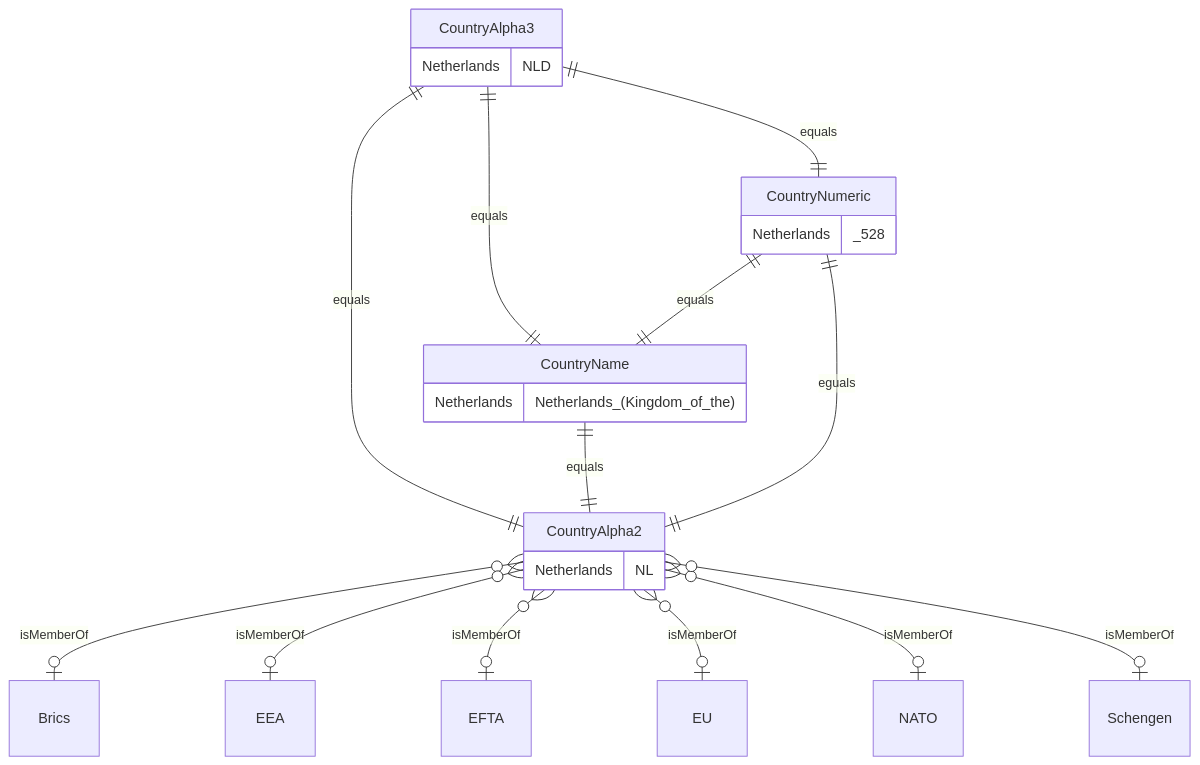
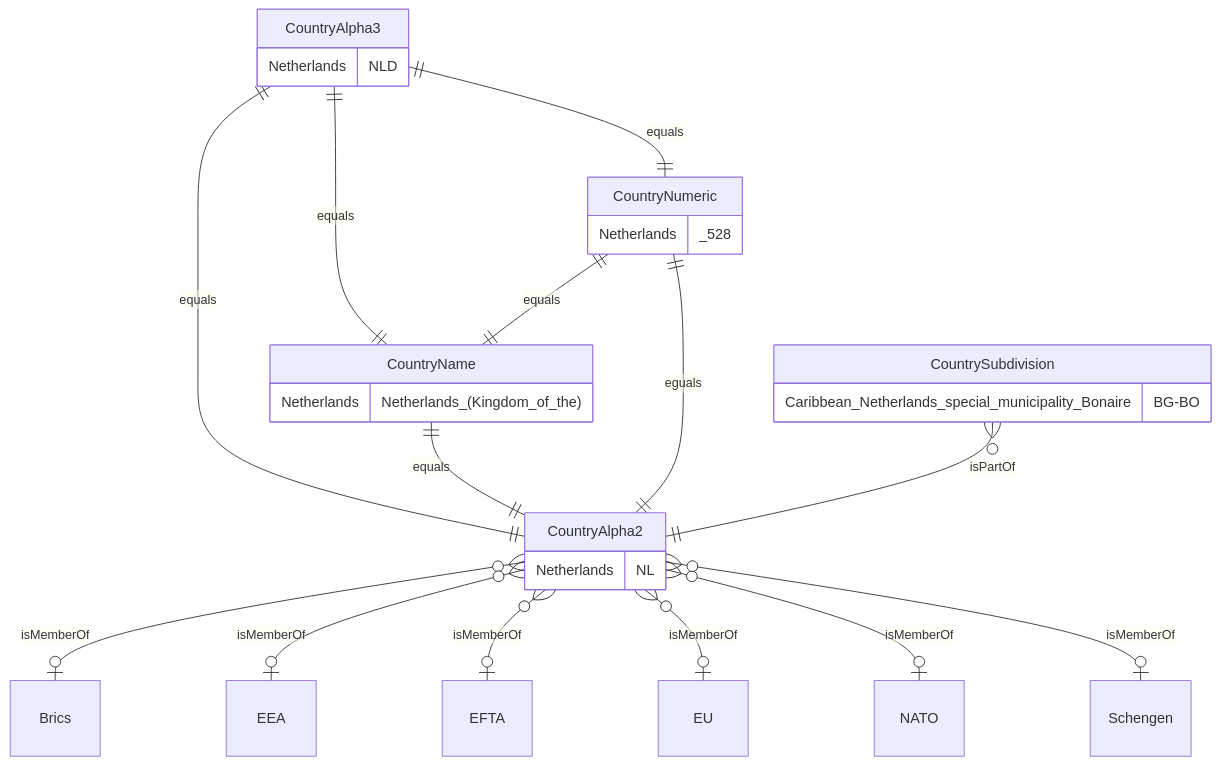
The second of 3 diagrams in README.md (PrinsFrank/standards), drawn with Mermaid before and after one commit. The commit also changed other lines of this file, not shown here.

Commit message:
Add documentation for country subdivisions (#238)

````diff
--- a/README.md
+++ b/README.md
@@ -207,34 +214,39 @@
 ```mermaid
 erDiagram
     CountryAlpha3 ||--|| CountryName: equals
     CountryAlpha3 ||--|| CountryAlpha2: equals
     CountryAlpha3 ||--|| CountryNumeric: equals
 
     CountryNumeric ||--|| CountryName: equals
 
     CountryName ||--|| CountryAlpha2: equals
     CountryNumeric ||--|| CountryAlpha2: eguals
 
     CountryAlpha2 {
         Netherlands NL
     }
 
     CountryAlpha3 {
         Netherlands NLD
     }
 
     CountryNumeric {
         Netherlands _528
     }
 
     CountryName {
         Netherlands Netherlands_(Kingdom_of_the)
     }
+    
+    CountrySubdivision {
+        Caribbean_Netherlands_special_municipality_Bonaire BG-BO 
+    }
 
     CountryAlpha2 }o--o| Brics: isMemberOf
     CountryAlpha2 }o--o| EEA: isMemberOf
     CountryAlpha2 }o--o| EFTA: isMemberOf
     CountryAlpha2 }o--o| EU: isMemberOf
     CountryAlpha2 }o--o| NATO: isMemberOf
     CountryAlpha2 }o--o| Schengen: isMemberOf
+    CountrySubdivision }o--|| CountryAlpha2: isPartOf
 ```
````
